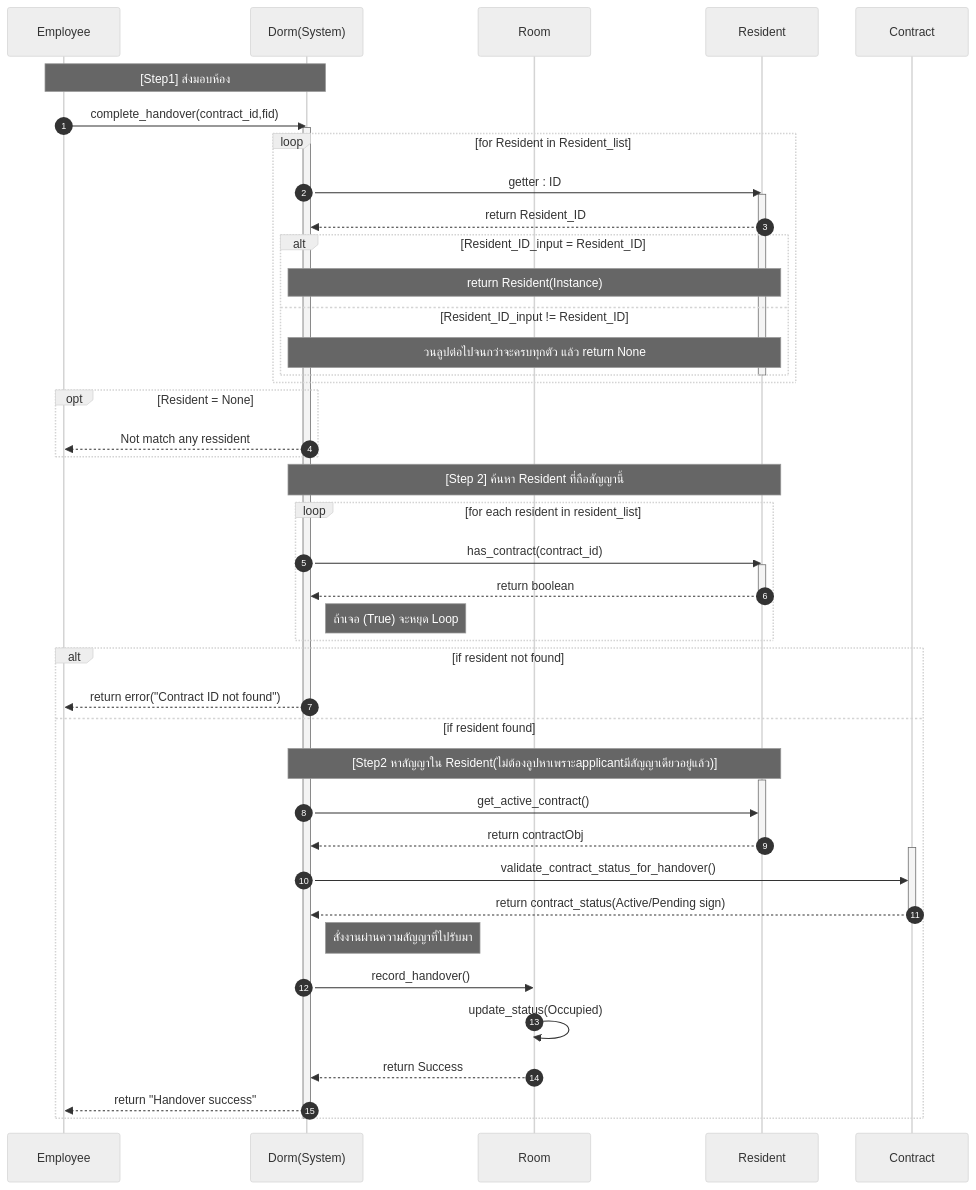
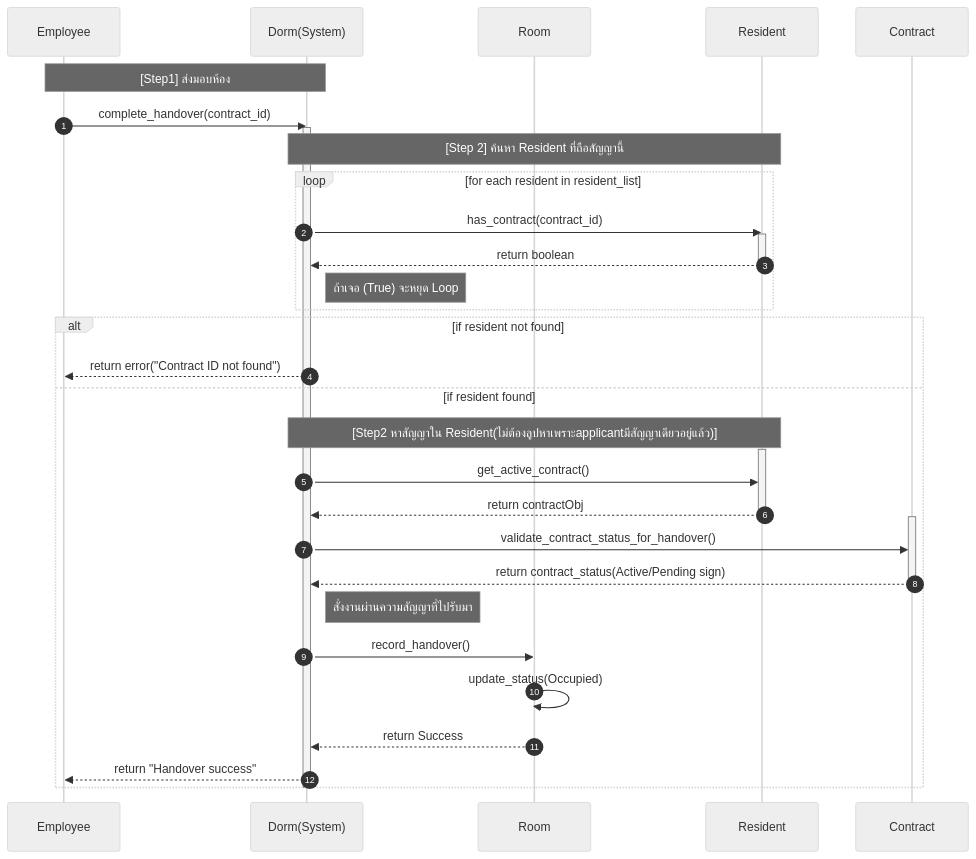
Before and after one commit to rnjjkk/Ducky-Dicka: the diagram in sequence/room_handover/room_handover.mmd, drawn with Mermaid (neutral theme). The commit also changed 7 other files, not shown here.

Commit message:
Create sign-pay and edit room.py and sq diagram sign-pay

```diff
--- a/sequence/room_handover/room_handover.mmd
+++ b/sequence/room_handover/room_handover.mmd
@@ -1,61 +1,44 @@
 sequenceDiagram
     autonumber
     participant E as Employee
     participant D as Dorm(System)
     participant Ro as Room
     participant R as Resident
     participant C as Contract
 
     Note over E,D:[Step1] ส่งมอบห้อง
-    E->>D: complete_handover(contract_id,fid)
+    E->>D: complete_handover(contract_id)
     activate D
-
-    loop for Resident in Resident_list
-        D->>R : getter : ID
-        activate R
-        R-->>D : return Resident_ID
-
-        alt Resident_ID_input = Resident_ID
-            Note over D, R : return Resident(Instance)
-        else Resident_ID_input != Resident_ID
-            Note over D, R : วนลูปต่อไปจนกว่าจะครบทุกตัว แล้ว return None 
-        end
-        deactivate R
-    end
-
-    opt Resident = None
-    D-->>E : Not match any ressident
-    end
     
     Note over D,R: [Step 2] ค้นหา Resident ที่ถือสัญญานี้
     loop for each resident in resident_list
         D->>R: has_contract(contract_id)
         activate R
         R-->>D: return boolean
         deactivate R
         Note right of D: ถ้าเจอ (True) จะหยุด Loop
     end
 
     alt if resident not found
         D-->>E: return error("Contract ID not found")
     else if resident found
         %% เมื่อเจอ Resident แล้ว เราจึงขอ Object Contract มาทำงานต่อ
         
         Note over D,R:[Step2 หาสัญญาใน Resident(ไม่ต้องลูปหาเพราะapplicantมีสัญญาเดียวอยู่แล้ว)]
         activate R
         D->>R: get_active_contract()
         R-->>D: return contractObj
         deactivate R
 
         activate C
         D->>C: validate_contract_status_for_handover()
         C-->>D: return contract_status(Active/Pending sign)
         deactivate C
         
         Note right of D: สั่งงานผ่านความสัญญาที่ไปรับมา
         D->>Ro: record_handover()
         Ro->>Ro: update_status(Occupied)
         Ro-->>D: return Success
         D-->>E: return "Handover success"
     end
     deactivate D
```
